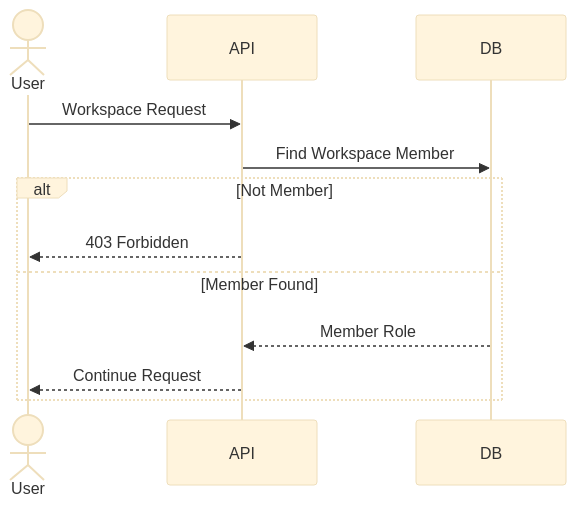
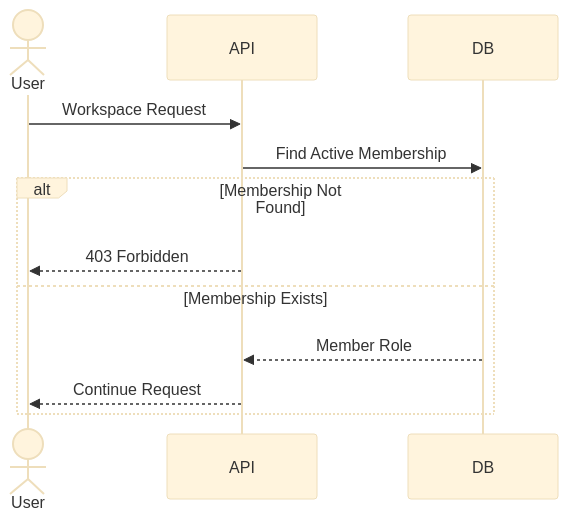
The seventh of 8 diagrams in docs/architecture/workspace/Workspace-Sequence.md (datnguyxn/LinkFlow), drawn with Mermaid (base theme) before and after one commit. The commit also changed other lines of this file and 14 other files, not shown here.

Commit message:
docs(architecture): add workspace module documentation

````diff
--- a/docs/architecture/workspace/Workspace-Sequence.md
+++ b/docs/architecture/workspace/Workspace-Sequence.md
@@ -262,23 +272,23 @@
 ```mermaid
 sequenceDiagram
 
     actor User
     participant API
     participant DB
 
     User->>API: Workspace Request
 
-    API->>DB: Find Workspace Member
+    API->>DB: Find Active Membership
 
-    alt Not Member
+    alt Membership Not Found
 
         API-->>User: 403 Forbidden
 
-    else Member Found
+    else Membership Exists
 
         DB-->>API: Member Role
 
         API-->>User: Continue Request
 
     end
 ```
````
